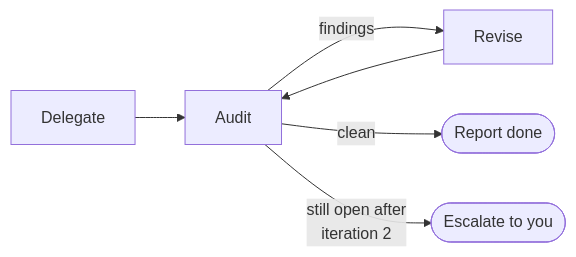
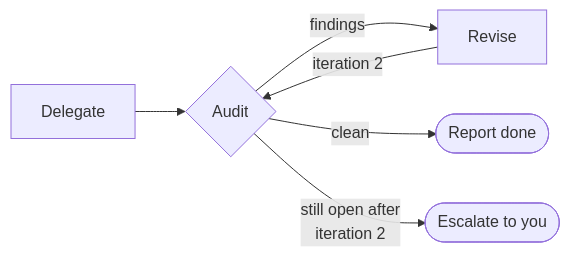
The third of 3 diagrams in README.md (wippa-studios/wippaAGENT), drawn with Mermaid before and after one commit. The commit also changed other lines of this file and 8 other files, not shown here.

````diff
--- a/README.md
+++ b/README.md
@@ -268,8 +326,8 @@
 ```mermaid
 flowchart LR
-    A[Delegate] --> B[Audit]
-    B -->|findings| C[Revise]
-    C --> B
-    B -->|clean| D([Report done])
-    B -->|"still open after<br/>iteration 2"| E([Escalate to you])
+    D["Delegate"] --> A{"Audit"}
+    A -->|findings| R["Revise"]
+    R -->|"iteration 2"| A
+    A -->|clean| OK(["Report done"])
+    A -->|"still open after<br/>iteration 2"| ESC(["Escalate to you"])
 ```
````
